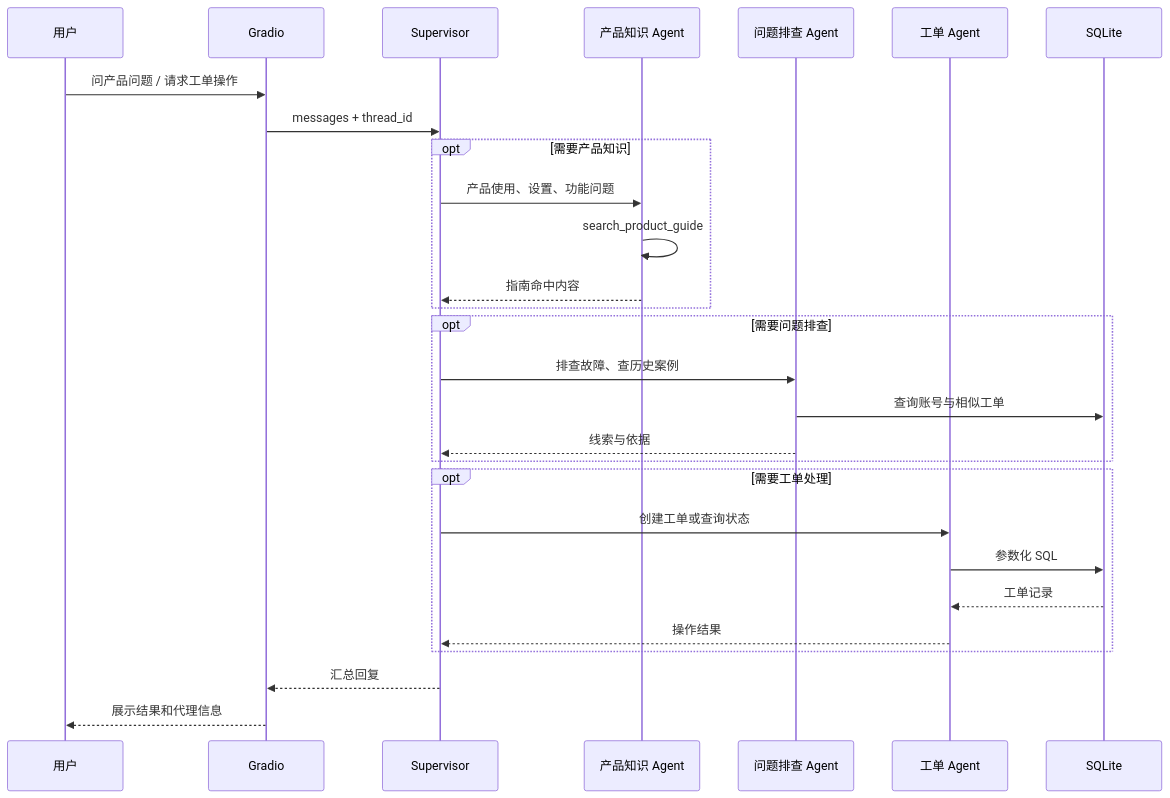
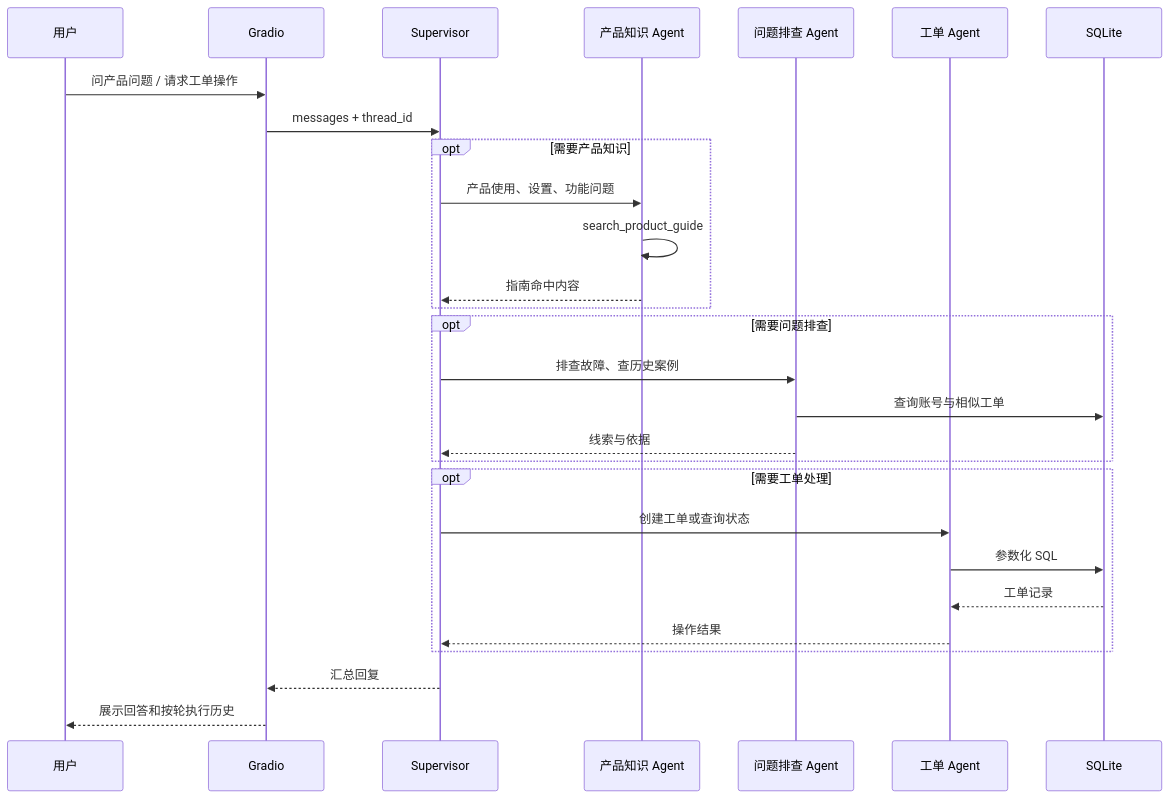
The diagram in docs/architecture.md (YogSouth211/TicketFlow-Agents), drawn with Mermaid before and after one commit. The commit also changed other lines of this file and 9 other files, not shown here.

````diff
--- a/docs/architecture.md
+++ b/docs/architecture.md
@@ -12,30 +13,30 @@
 ```mermaid
 sequenceDiagram
     participant U as 用户
     participant UI as Gradio
     participant S as Supervisor
     participant K as 产品知识 Agent
     participant D as 问题排查 Agent
     participant T as 工单 Agent
     participant DB as SQLite
     U->>UI: 问产品问题 / 请求工单操作
     UI->>S: messages + thread_id
     opt 需要产品知识
         S->>K: 产品使用、设置、功能问题
         K->>K: search_product_guide
         K-->>S: 指南命中内容
     end
     opt 需要问题排查
         S->>D: 排查故障、查历史案例
         D->>DB: 查询账号与相似工单
         D-->>S: 线索与依据
     end
     opt 需要工单处理
         S->>T: 创建工单或查询状态
         T->>DB: 参数化 SQL
         DB-->>T: 工单记录
         T-->>S: 操作结果
     end
     S-->>UI: 汇总回复
-    UI-->>U: 展示结果和代理信息
+    UI-->>U: 展示回答和按轮执行历史
 ```
````
